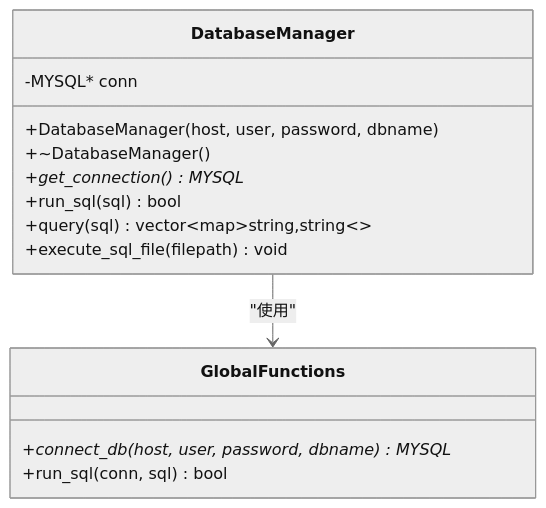
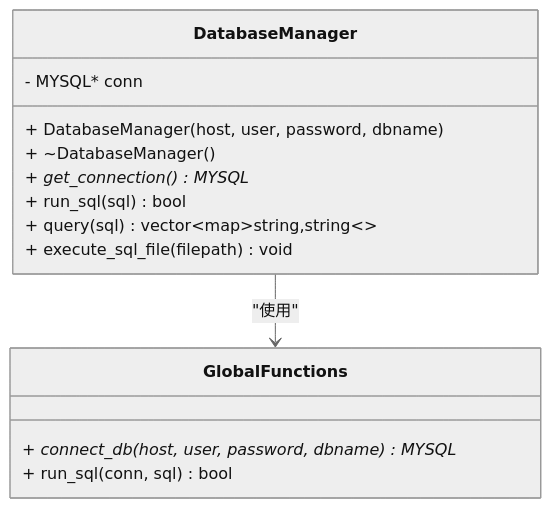
The third of 8 diagrams in .qoder/repowiki/zh/content/系统架构设计/数据库管理层设计.md (jinpeng900/OJ-Test), drawn with Mermaid (neutral theme) before and after one commit. The commit also changed other lines of this file and 44 other files, not shown here.

````diff
--- a/.qoder/repowiki/zh/content/系统架构设计/数据库管理层设计.md
+++ b/.qoder/repowiki/zh/content/系统架构设计/数据库管理层设计.md
@@ -149,17 +162,17 @@
 ```mermaid
 classDiagram
 class DatabaseManager {
--MYSQL* conn
-+DatabaseManager(host, user, password, dbname)
-+~DatabaseManager()
-+get_connection() MYSQL*
-+run_sql(sql) bool
-+query(sql) vector~map~string,string~~
-+execute_sql_file(filepath) void
+- MYSQL* conn
++ DatabaseManager(host, user, password, dbname)
++ ~DatabaseManager()
++ get_connection() MYSQL*
++ run_sql(sql) bool
++ query(sql) vector~map~string,string~~
++ execute_sql_file(filepath) void
 }
 class GlobalFunctions {
-+connect_db(host, user, password, dbname) MYSQL*
-+run_sql(conn, sql) bool
++ connect_db(host, user, password, dbname) MYSQL*
++ run_sql(conn, sql) bool
 }
 DatabaseManager --> GlobalFunctions : "使用"
 ```
````
